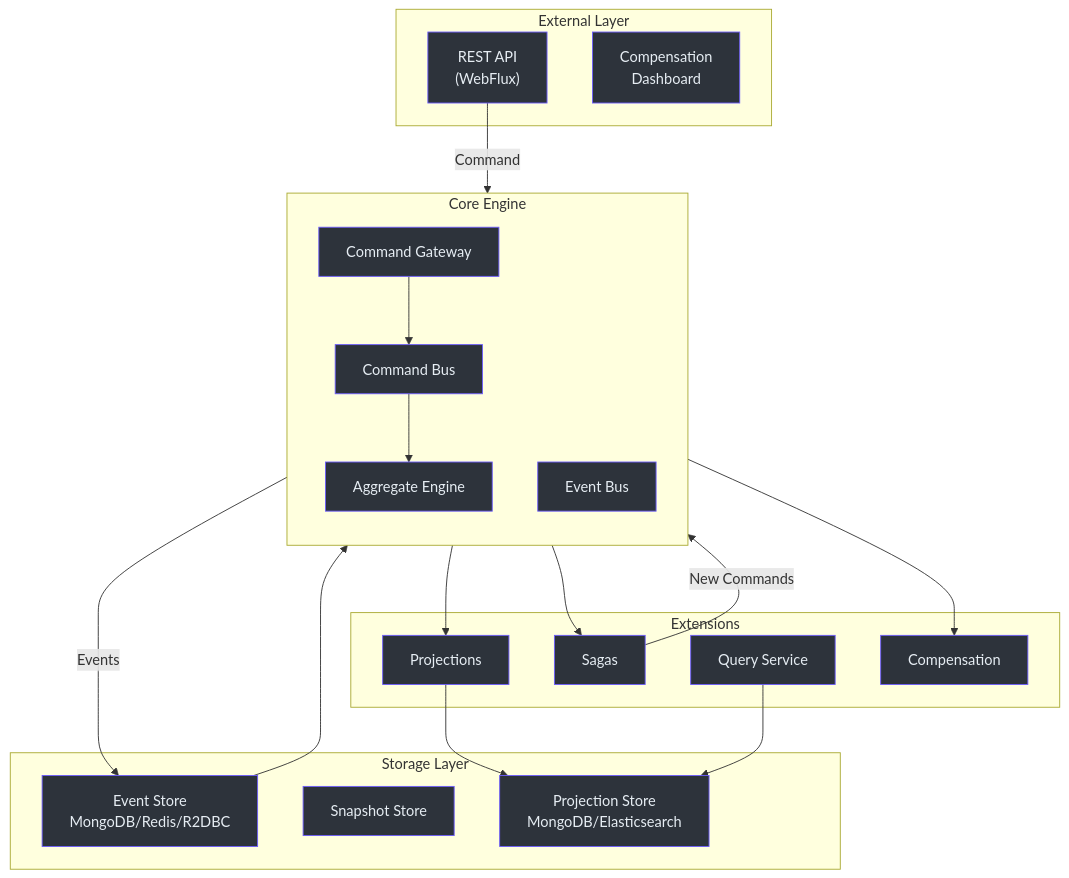
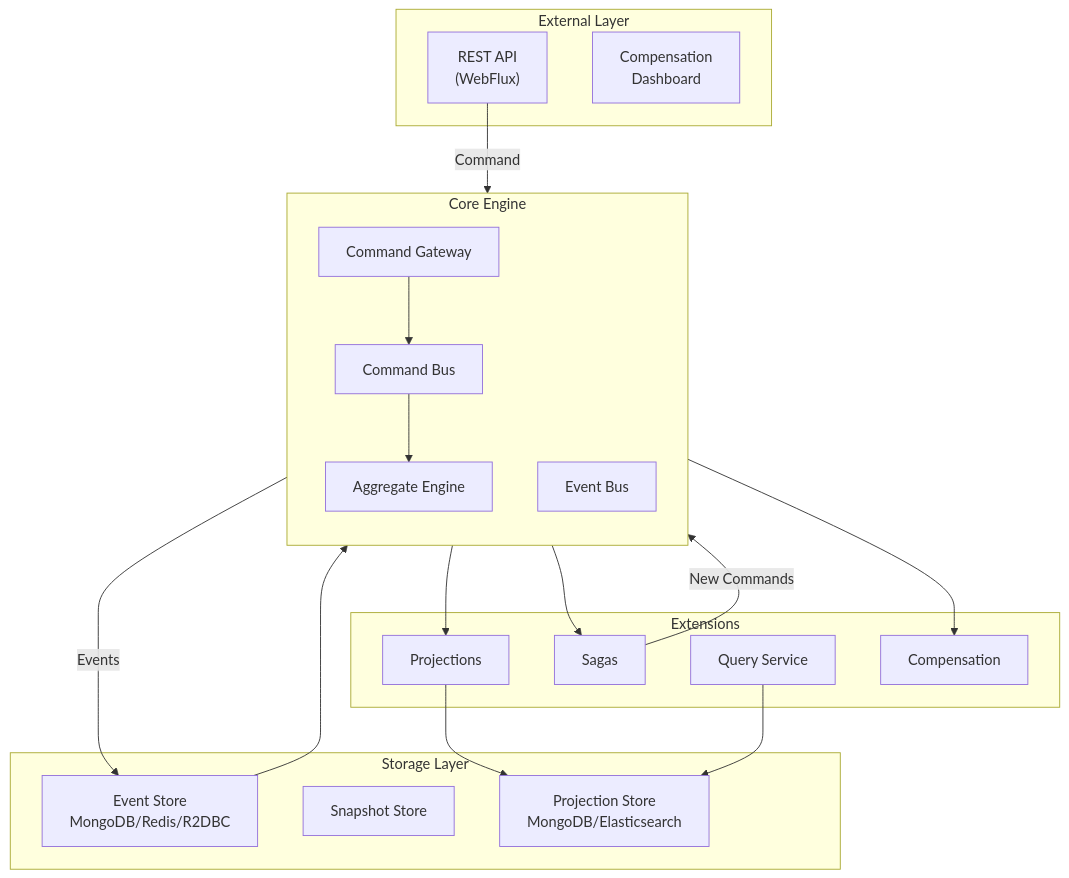
Before and after one commit to Ahoo-Wang/Wow: the diagram in documentation/docs/en/deep-dive/architecture/overview.md, drawn with Mermaid. The commit also changed 32 other files, not shown here.

Commit message:
docs: remove unsupported style/classDef directives from stateDiagram-v2 Mermaid blocks

````diff
--- a/documentation/docs/en/deep-dive/architecture/overview.md
+++ b/documentation/docs/en/deep-dive/architecture/overview.md
@@ -14,54 +14,41 @@
 ```mermaid
 flowchart TB
     subgraph External["External Layer"]
         API["REST API<br>(WebFlux)"]
         UI["Compensation<br>Dashboard"]
     end
 
     subgraph Core["Core Engine"]
         direction TB
         GW["Command Gateway"]
         CB["Command Bus"]
         AG["Aggregate Engine"]
         EB["Event Bus"]
     end
 
     subgraph Storage["Storage Layer"]
         ES["Event Store<br>MongoDB/Redis/R2DBC"]
         SS["Snapshot Store"]
         PS["Projection Store<br>MongoDB/Elasticsearch"]
     end
 
     subgraph Extensions["Extensions"]
         PR["Projections"]
         SG["Sagas"]
         QS["Query Service"]
         CP["Compensation"]
     end
 
     API -->|Command| GW
     GW --> CB
     CB --> AG
     AG -->|Events| ES
     ES --> EB
     EB --> PR
     EB --> SG
     EB --> CP
     PR --> PS
     SG -->|New Commands| CB
     QS --> PS
 
-    style API fill:#2d333b,stroke:#6d5dfc,color:#e6edf3
-    style UI fill:#2d333b,stroke:#6d5dfc,color:#e6edf3
-    style GW fill:#2d333b,stroke:#6d5dfc,color:#e6edf3
-    style CB fill:#2d333b,stroke:#6d5dfc,color:#e6edf3
-    style AG fill:#2d333b,stroke:#6d5dfc,color:#e6edf3
-    style EB fill:#2d333b,stroke:#6d5dfc,color:#e6edf3
-    style ES fill:#2d333b,stroke:#6d5dfc,color:#e6edf3
-    style SS fill:#2d333b,stroke:#6d5dfc,color:#e6edf3
-    style PS fill:#2d333b,stroke:#6d5dfc,color:#e6edf3
-    style PR fill:#2d333b,stroke:#6d5dfc,color:#e6edf3
-    style SG fill:#2d333b,stroke:#6d5dfc,color:#e6edf3
-    style QS fill:#2d333b,stroke:#6d5dfc,color:#e6edf3
-    style CP fill:#2d333b,stroke:#6d5dfc,color:#e6edf3
 ```
````
